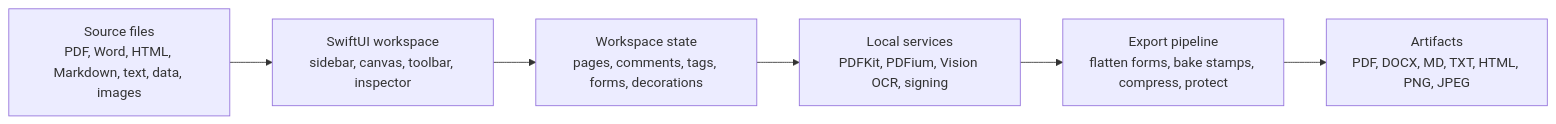
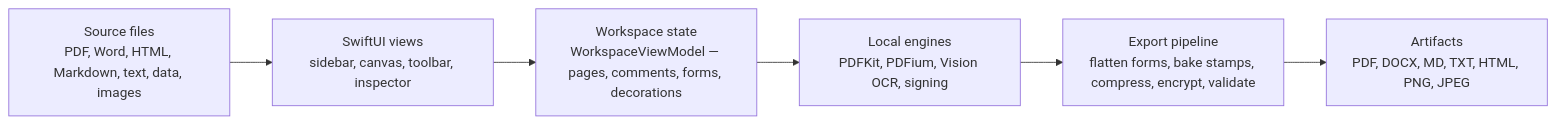
One commit to udhawan97/pdFold changed the diagram in README.md. Above: the diagram before and after it, drawn with Mermaid. The commit also changed other lines of this file and 2 other files, not shown here.

First line of the commit message:
Redesign architecture diagrams and polish README

````diff
--- a/README.md
+++ b/README.md
@@ -124,15 +151,15 @@
 ```mermaid
 flowchart LR
     Files["Source files<br/>PDF, Word, HTML, Markdown, text, data, images"]
-    UI["SwiftUI workspace<br/>sidebar, canvas, toolbar, inspector"]
-    State["Workspace state<br/>pages, comments, tags, forms, decorations"]
-    Services["Local services<br/>PDFKit, PDFium, Vision OCR, signing"]
-    Export["Export pipeline<br/>flatten forms, bake stamps, compress, protect"]
+    UI["SwiftUI views<br/>sidebar, canvas, toolbar, inspector"]
+    State["Workspace state<br/>WorkspaceViewModel — pages, comments, forms, decorations"]
+    Services["Local engines<br/>PDFKit, PDFium, Vision OCR, signing"]
+    Export["Export pipeline<br/>flatten forms, bake stamps, compress, encrypt, validate"]
     Artifacts["Artifacts<br/>PDF, DOCX, MD, TXT, HTML, PNG, JPEG"]
 
     Files --> UI
     UI --> State
     State --> Services
     Services --> Export
     Export --> Artifacts
 ```
````
